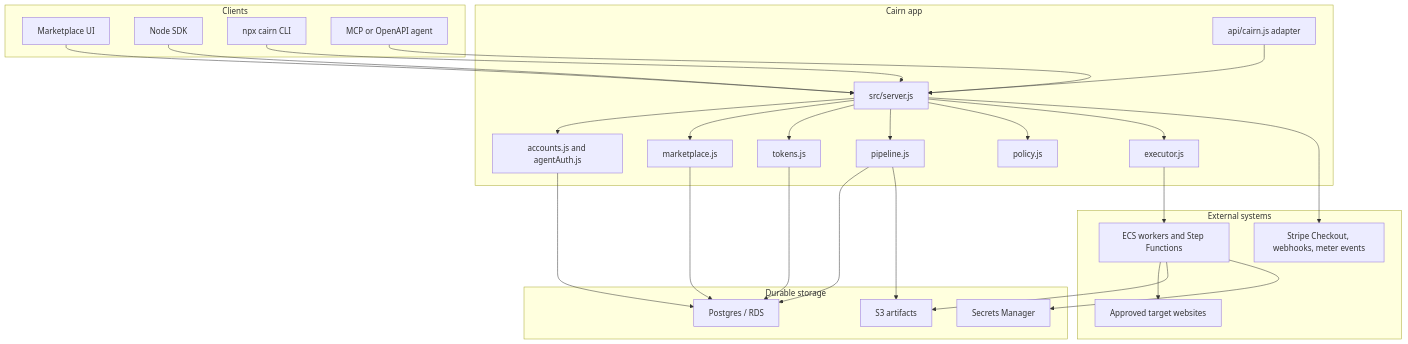
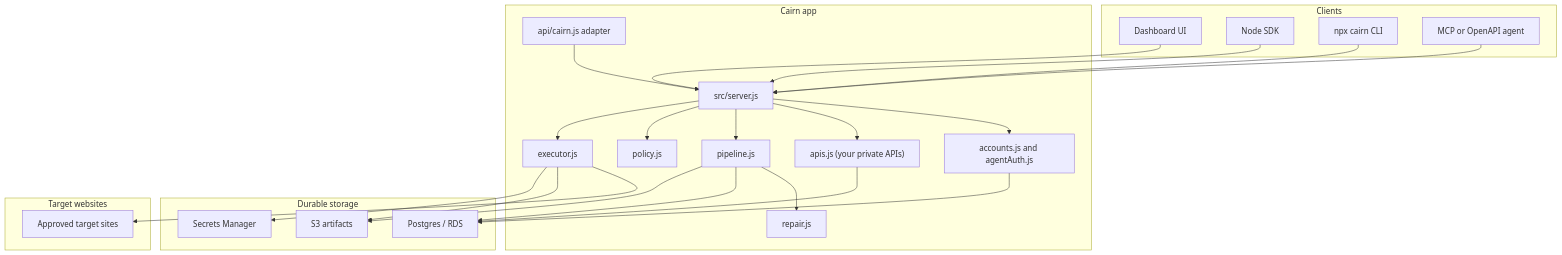
Before and after one commit to arav31/Cairn-AI: the first of 3 diagrams in README.md, drawn with Mermaid. The commit also changed other lines of this file and 36 other files, not shown here.

First line of the commit message:
Reposition Cairn from marketplace to private reusable APIs

````diff
--- a/README.md
+++ b/README.md
@@ -111,54 +52,49 @@
 ```mermaid
 flowchart TB
   subgraph Clients["Clients"]
-    UI["Marketplace UI"]
+    Dashboard["Dashboard UI"]
     SDK["Node SDK"]
     CLI["npx cairn CLI"]
     Agent["MCP or OpenAPI agent"]
   end
 
   subgraph App["Cairn app"]
     Server["src/server.js"]
     Vercel["api/cairn.js adapter"]
-    Catalog["marketplace.js"]
+    Apis["apis.js (your private APIs)"]
     Accounts["accounts.js and agentAuth.js"]
-    Tokens["tokens.js"]
     Pipeline["pipeline.js"]
     Policy["policy.js"]
     Executor["executor.js"]
+    Repair["repair.js"]
   end
 
   subgraph Storage["Durable storage"]
     Postgres["Postgres / RDS"]
     S3["S3 artifacts"]
     Secrets["Secrets Manager"]
   end
 
-  subgraph Integrations["External systems"]
-    Stripe["Stripe Checkout, webhooks, meter events"]
-    Workers["ECS workers and Step Functions"]
-    Targets["Approved target websites"]
+  subgraph Targets["Target websites"]
+    Sites["Approved target sites"]
   end
 
-  UI --> Server
+  Dashboard --> Server
   SDK --> Server
   CLI --> Server
   Agent --> Server
   Vercel --> Server
   Server --> Accounts
-  Server --> Catalog
-  Server --> Tokens
+  Server --> Apis
   Server --> Pipeline
   Server --> Policy
   Server --> Executor
+  Pipeline --> Repair
   Accounts --> Postgres
-  Catalog --> Postgres
-  Tokens --> Postgres
+  Apis --> Postgres
   Pipeline --> Postgres
   Pipeline --> S3
-  Executor --> Workers
-  Workers --> Targets
-  Workers --> S3
-  Workers --> Secrets
-  Server --> Stripe
+  Executor --> Sites
+  Executor --> S3
+  Executor --> Secrets
 ```
````
